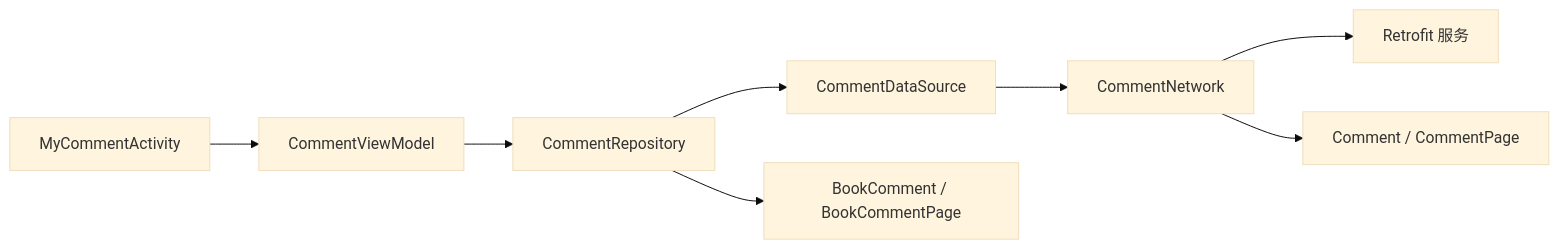
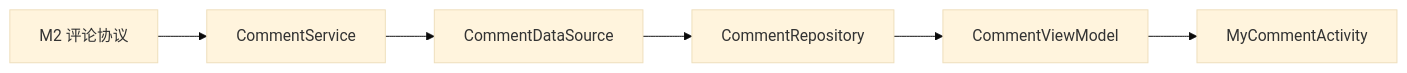
Before and after one commit to xrn1997/android-ebook: the fifth of 5 diagrams in .qoder/repowiki/zh/content/核心模块/个人中心模块 (module_me)/评论管理功能.md, drawn with Mermaid (base theme). The commit also changed other lines of this file and 456 other files, not shown here.

````diff
--- a/.qoder/repowiki/zh/content/核心模块/个人中心模块 (module_me)/评论管理功能.md
+++ b/.qoder/repowiki/zh/content/核心模块/个人中心模块 (module_me)/评论管理功能.md
@@ -321,10 +236,8 @@
 ```mermaid
 graph LR
-    Activity["MyCommentActivity"] --> VM["CommentViewModel"]
-    VM --> Repo["CommentRepository"]
-    Repo --> DS["CommentDataSource"]
-    DS --> Net["CommentNetwork"]
-    Net --> API["Retrofit 服务"]
-    Repo --> Domain["BookComment / BookCommentPage"]
-    Net --> Entity["Comment / CommentPage"]
+    Spec["M2 评论协议"] --> Service["CommentService"]
+    Service --> DataSource["CommentDataSource"]
+    DataSource --> Repo["CommentRepository"]
+    Repo --> VM["CommentViewModel"]
+    VM --> UI["MyCommentActivity"]
 ```
````
